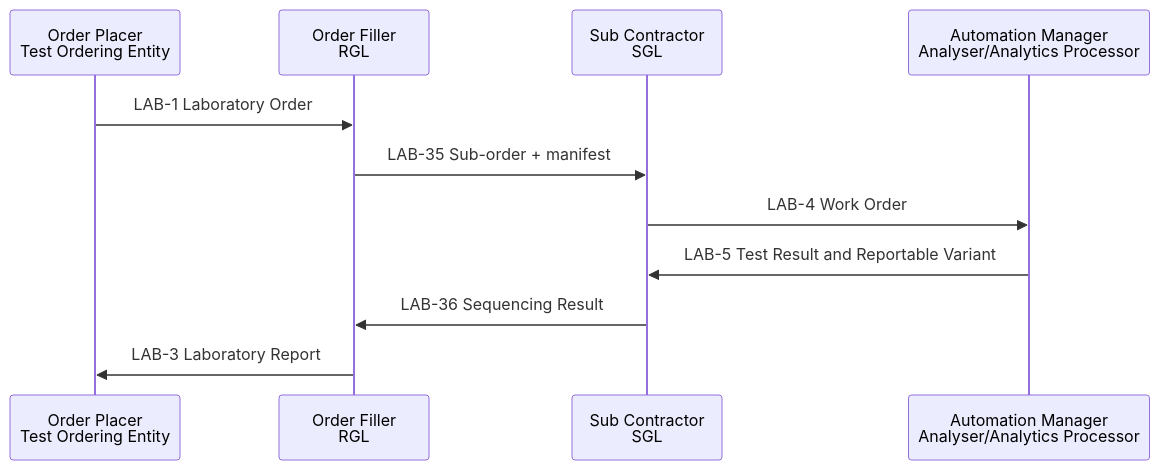
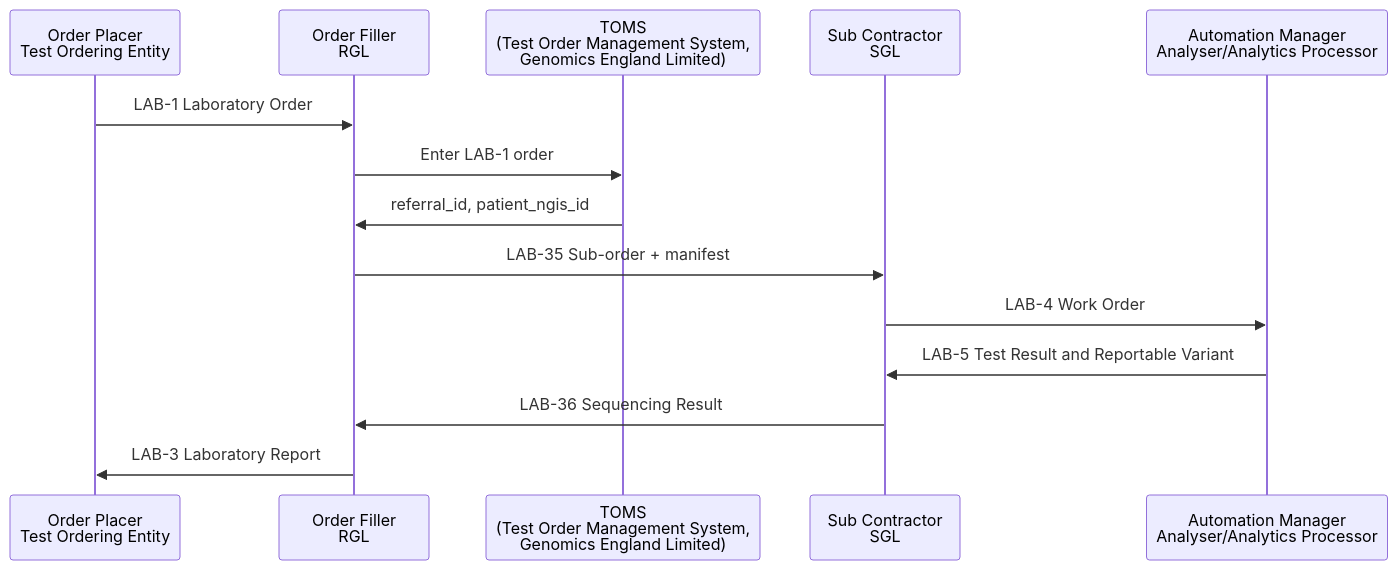
The third of 3 diagrams in input/pagecontent/dWGS.md (nw-gmsa/nw-gmsa.github.com), drawn with Mermaid before and after one commit. The commit also changed other lines of this file, not shown here.

First line of the commit message:
Document TOMS as source of dWGS referral_id/patient_ngis_id

````diff
--- a/input/pagecontent/dWGS.md
+++ b/input/pagecontent/dWGS.md
@@ -133,14 +133,17 @@
 ```mermaid
 sequenceDiagram
     participant OP as Order Placer<br/>Test Ordering Entity
     participant OF as Order Filler<br/>RGL
+    participant TOMS as TOMS<br/>(Test Order Management System,<br/>Genomics England Limited)
     participant SC as Sub Contractor<br/>SGL
     participant ANP as Automation Manager<br/>Analyser/Analytics Processor
 
     OP ->> OF: LAB-1 Laboratory Order
+    OF ->> TOMS: Enter LAB-1 order
+    TOMS ->> OF: referral_id, patient_ngis_id
     OF ->> SC: LAB-35 Sub-order + manifest
     SC ->> ANP: LAB-4 Work Order
     ANP ->> SC: LAB-5 Test Result and Reportable Variant
     SC ->> OF: LAB-36 Sequencing Result
     OF ->> OP: LAB-3 Laboratory Report
 ```
````
